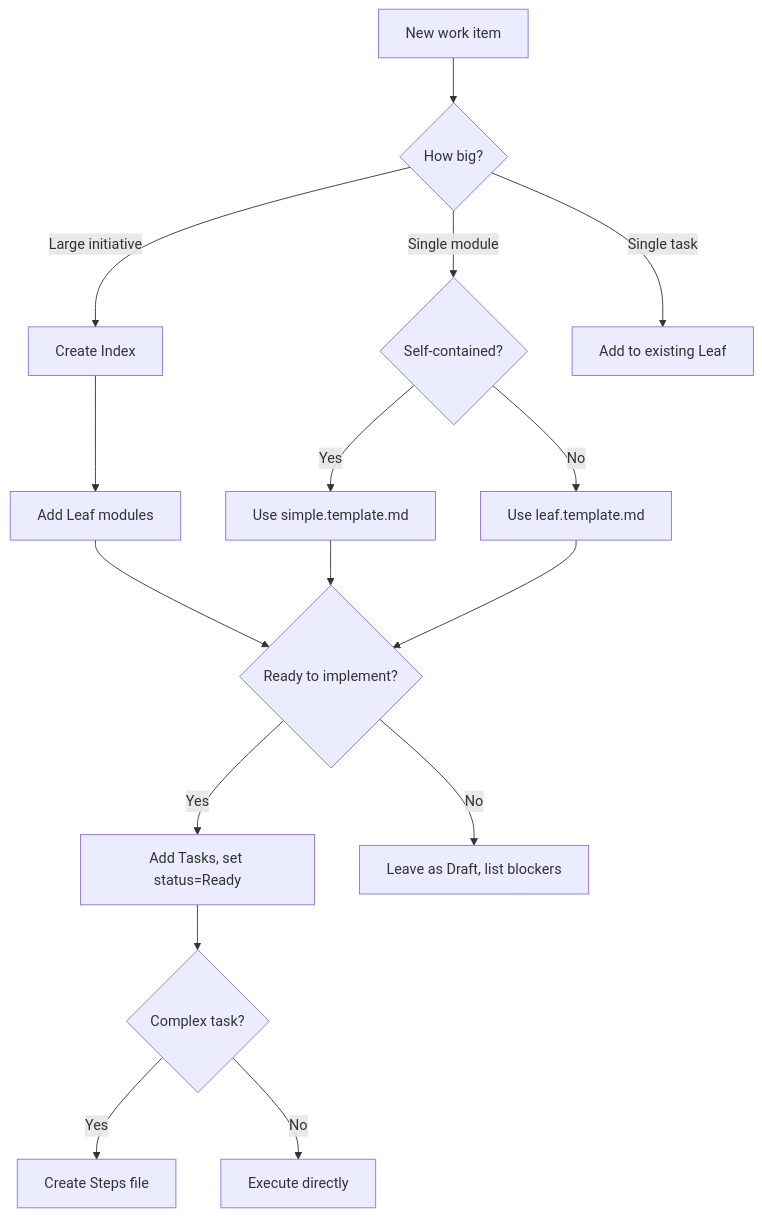
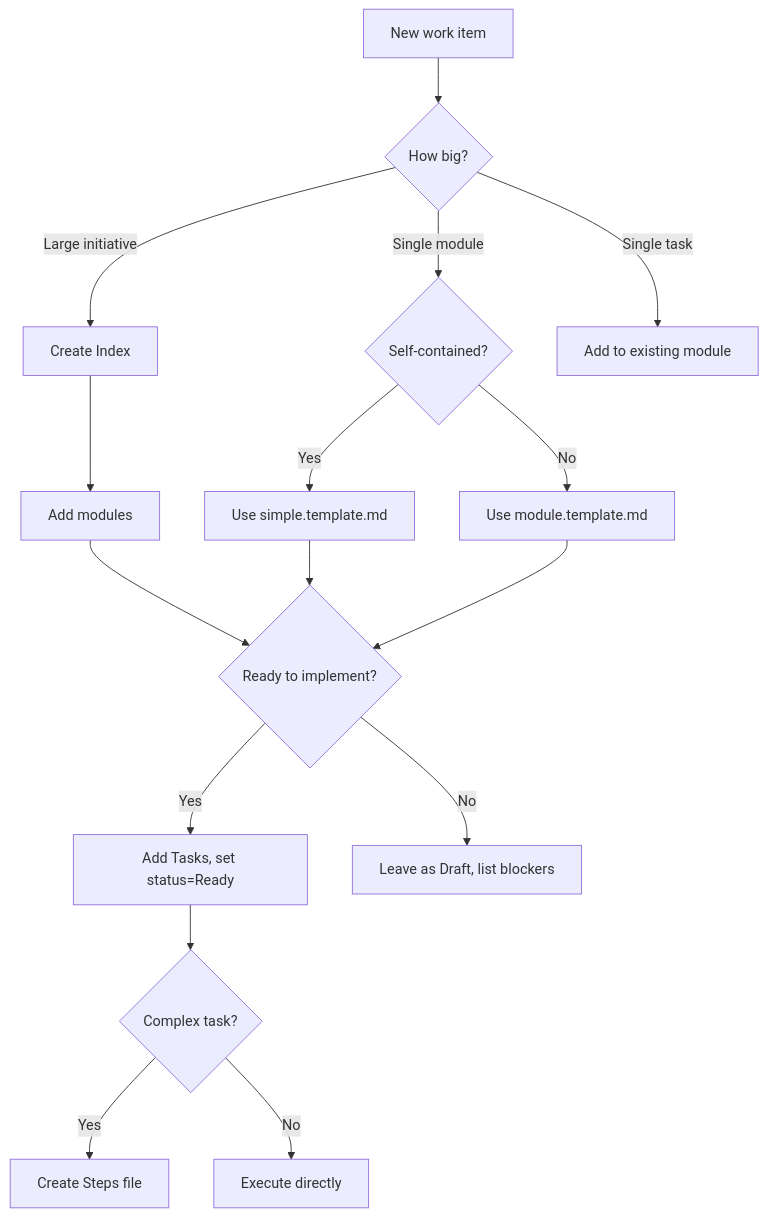
One commit to EddaCraft/anvil-plan-spec changed the diagram in docs/getting-started.md. Above: the diagram before and after it, drawn with Mermaid. The commit also changed other lines of this file and 13 other files, not shown here.

First line of the commit message:
refactor: rename leaf template to module template and improve clarity

````diff
--- a/docs/getting-started.md
+++ b/docs/getting-started.md
@@ -108,22 +108,22 @@
 ```mermaid
 graph TD
     A[New work item] --> B{How big?}
     B -->|Large initiative| C[Create Index]
     B -->|Single module| D{Self-contained?}
-    B -->|Single task| E[Add to existing Leaf]
+    B -->|Single task| E[Add to existing module]
     
-    C --> F[Add Leaf modules]
+    C --> F[Add modules]
     D -->|Yes| G[Use simple.template.md]
-    D -->|No| H[Use leaf.template.md]
+    D -->|No| H[Use module.template.md]
     
     F --> I{Ready to implement?}
     G --> I
     H --> I
     
     I -->|Yes| J[Add Tasks, set status=Ready]
     I -->|No| K[Leave as Draft, list blockers]
     
     J --> L{Complex task?}
     L -->|Yes| M[Create Steps file]
     L -->|No| N[Execute directly]
 ```
````
